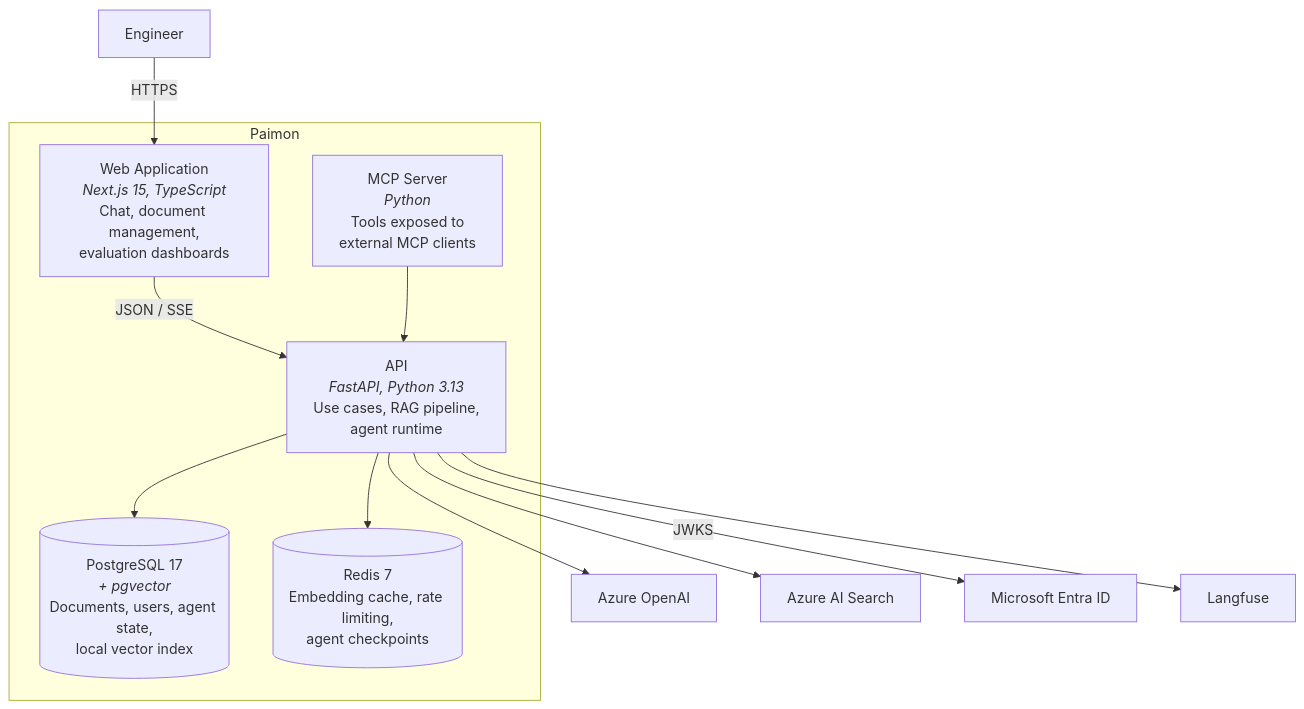
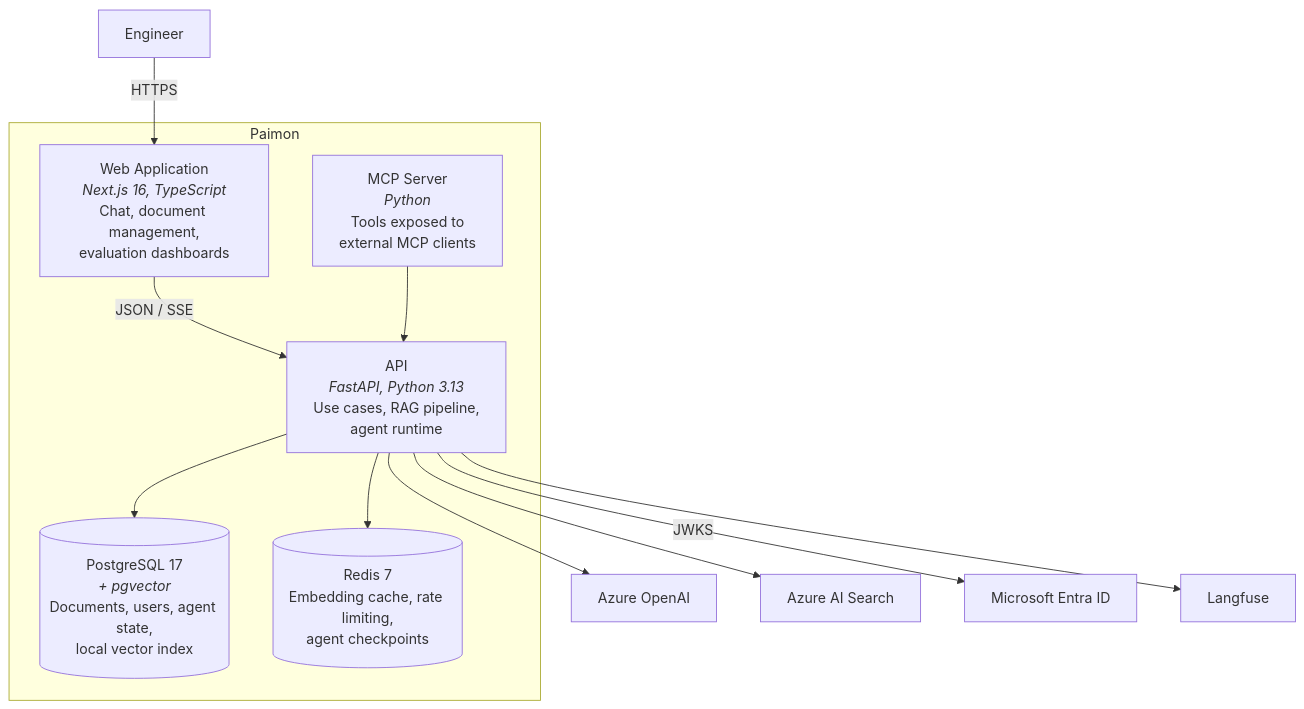
Before and after one commit to sergiomedi/paimon: the second of 4 diagrams in docs/architecture/overview.md, drawn with Mermaid. The commit also changed 21 other files, not shown here.

````diff
--- a/docs/architecture/overview.md
+++ b/docs/architecture/overview.md
@@ -49,27 +49,27 @@
 ```mermaid
 flowchart TB
     engineer["Engineer"]
 
     subgraph platform["Paimon"]
-        web["Web Application<br/><i>Next.js 15, TypeScript</i><br/>Chat, document management,<br/>evaluation dashboards"]
+        web["Web Application<br/><i>Next.js 16, TypeScript</i><br/>Chat, document management,<br/>evaluation dashboards"]
         api["API<br/><i>FastAPI, Python 3.13</i><br/>Use cases, RAG pipeline,<br/>agent runtime"]
         mcp["MCP Server<br/><i>Python</i><br/>Tools exposed to<br/>external MCP clients"]
         pg[("PostgreSQL 17<br/><i>+ pgvector</i><br/>Documents, users, agent state,<br/>local vector index")]
         redis[("Redis 7<br/>Embedding cache, rate limiting,<br/>agent checkpoints")]
     end
 
     aoai["Azure OpenAI"]
     search["Azure AI Search"]
     entra["Microsoft Entra ID"]
     langfuse["Langfuse"]
 
     engineer -->|HTTPS| web
     web -->|"JSON / SSE"| api
     api --> pg
     api --> redis
     api --> aoai
     api --> search
     api -->|"JWKS"| entra
     api --> langfuse
     mcp --> api
 ```
````
